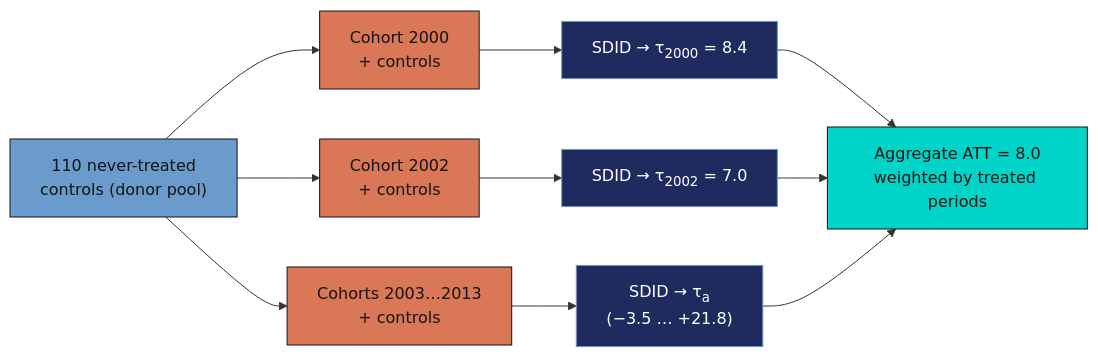
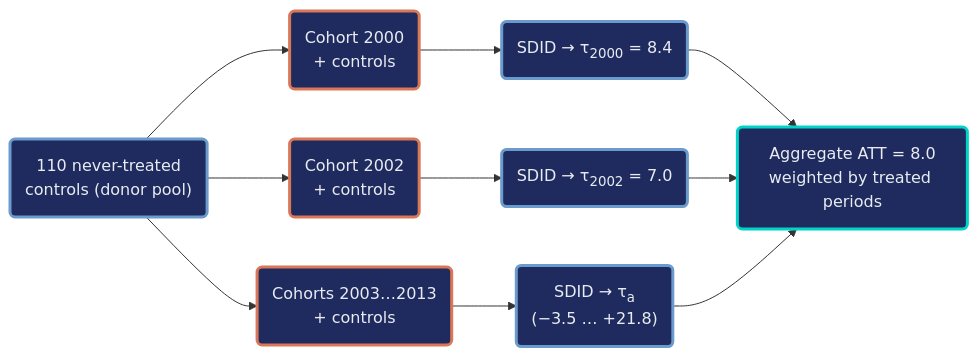
One commit to cmg777/starter-academic-v501 changed the second of 3 diagrams in content/post/stata_sdid_staggered/index.md. Above: the diagram before and after it, drawn with Mermaid. The commit also changed other lines of this file and 10 other files, not shown here.

First line of the commit message:
content(mermaid): restyle flowcharts in Stata posts (batch 2 of 2) and the EM publication (EN/ES/JA); add log

````diff
--- a/content/post/stata_sdid_staggered/index.md
+++ b/content/post/stata_sdid_staggered/index.md
@@ -360,22 +360,20 @@
 ```mermaid
 graph LR
-    POOL["110 never-treated<br/>controls (donor pool)"]
-    C1["Cohort 2000<br/>+ controls"]
-    C2["Cohort 2002<br/>+ controls"]
-    CD["Cohorts 2003…2013<br/>+ controls"]
-    T1["SDID &rarr; &tau;<sub>2000</sub> = 8.4"]
-    T2["SDID &rarr; &tau;<sub>2002</sub> = 7.0"]
-    TD["SDID &rarr; &tau;<sub>a</sub><br/>(&minus;3.5 … +21.8)"]
-    ATT["Aggregate ATT = 8.0<br/>weighted by treated periods"]
+    POOL("110 never-treated<br/>controls (donor pool)")
+    C1("Cohort 2000<br/>+ controls")
+    C2("Cohort 2002<br/>+ controls")
+    CD("Cohorts 2003…2013<br/>+ controls")
+    T1("SDID &rarr; &tau;<sub>2000</sub> = 8.4")
+    T2("SDID &rarr; &tau;<sub>2002</sub> = 7.0")
+    TD("SDID &rarr; &tau;<sub>a</sub><br/>(&minus;3.5 … +21.8)")
+    ATT("Aggregate ATT = 8.0<br/>weighted by treated periods")
     POOL --> C1 --> T1 --> ATT
     POOL --> C2 --> T2 --> ATT
     POOL --> CD --> TD --> ATT
-    style POOL fill:#6a9bcc,stroke:#141413,color:#141413
-    style C1 fill:#d97757,stroke:#141413,color:#141413
-    style C2 fill:#d97757,stroke:#141413,color:#141413
-    style CD fill:#d97757,stroke:#141413,color:#141413
-    style T1 fill:#1f2b5e,stroke:#6a9bcc,color:#fff
-    style T2 fill:#1f2b5e,stroke:#6a9bcc,color:#fff
-    style TD fill:#1f2b5e,stroke:#6a9bcc,color:#fff
-    style ATT fill:#00d4c8,stroke:#141413,color:#141413
+    classDef blue fill:#1f2b5e,stroke:#6a9bcc,stroke-width:3px,color:#e8ecf2
+    classDef orange fill:#1f2b5e,stroke:#d97757,stroke-width:3px,color:#e8ecf2
+    classDef teal fill:#1f2b5e,stroke:#00d4c8,stroke-width:3px,color:#e8ecf2
+    class POOL,T1,T2,TD blue
+    class C1,C2,CD orange
+    class ATT teal
 ```
````
